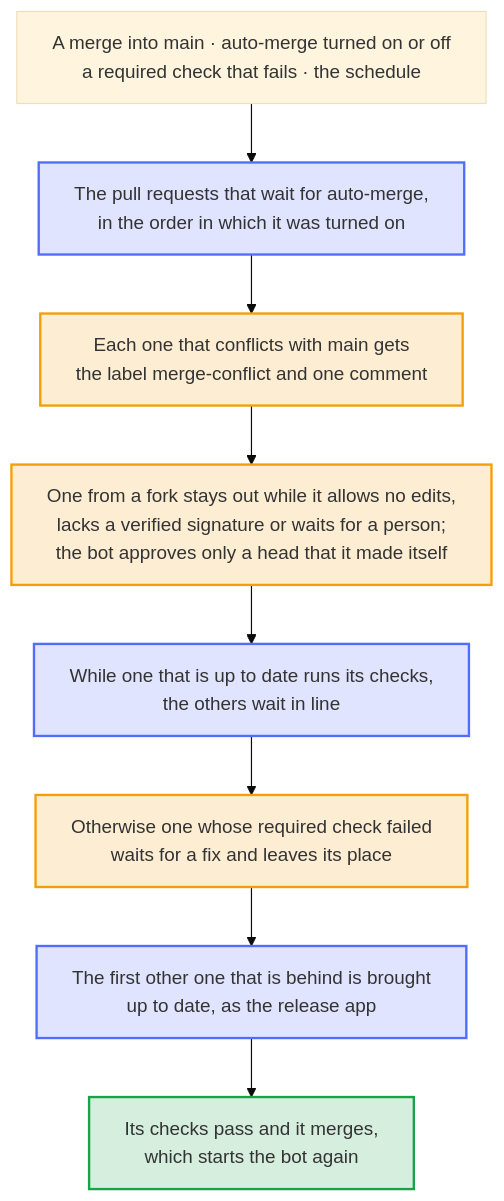
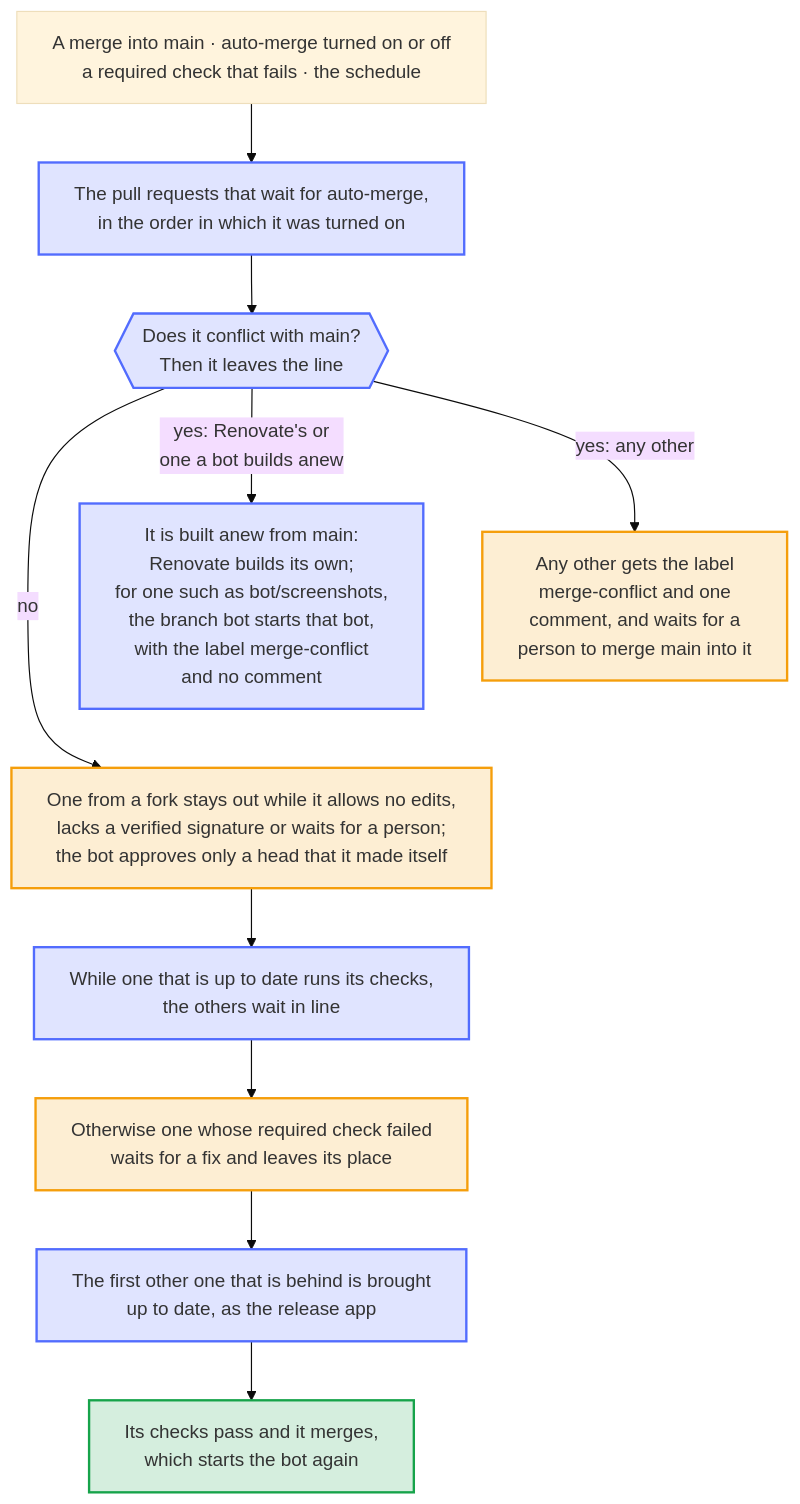
The diagram in docs/diagrams/the-line-of-the-branch-bot.mmd (Dennis-Otto/repo-blueprint), drawn with Mermaid (base theme) before and after one commit. The commit also changed 8 other files, not shown here.

First line of the commit message:
docs: the diagram of the branch bot shows the bot branches that it builds anew (#669)

```diff
--- a/docs/diagrams/the-line-of-the-branch-bot.mmd
+++ b/docs/diagrams/the-line-of-the-branch-bot.mmd
@@ -1,32 +1,39 @@
 ---
 config:
   flowchart:
     wrappingWidth: 400
 ---
 flowchart TB
     accTitle: The line of the branch bot
-    accDescr: A merge into main, auto-merge turned on or off, or a required check of a pull request that fails starts the branch bot. It takes the pull requests that wait for auto-merge in the order in which it was turned on. One that conflicts with main gets the label merge-conflict and one comment. One from a fork stays out of the line while its author allows no edits by maintainers, a commit of it has no verified signature, or its runs wait for a person; the bot approves them only for a head that it made itself on top of commits that a person approved. While the checks of one that is up to date run, the others wait in line. Otherwise one whose required check failed waits for a fix, and the bot brings the first other one that is behind up to date, as the release app. Its checks run, and once they pass it merges, which starts the bot again for the next one.
+    accDescr: A merge into main, auto-merge turned on or off, or a required check of a pull request that fails starts the branch bot. It takes the pull requests that wait for auto-merge in the order in which it was turned on. One that conflicts with main leaves the line. Renovate builds a branch of its own anew. A branch of a bot that builds it anew, such as bot/screenshots, gets the label merge-conflict, and the branch bot starts that bot, which builds it anew from main, with no comment, since nobody has to act. Any other gets the label merge-conflict and one comment, and waits for a person to merge main into it. One from a fork stays out of the line while its author allows no edits by maintainers, a commit of it has no verified signature, or its runs wait for a person; the bot approves them only for a head that it made itself on top of commits that a person approved. While the checks of one that is up to date run, the others wait in line. Otherwise one whose required check failed waits for a fix, and the bot brings the first other one that is behind up to date, as the release app. Its checks run, and once they pass it merges, which starts the bot again for the next one.
 
     start["A merge into main · auto-merge turned on or off<br>a required check that fails · the schedule"]
     line["The pull requests that wait for auto-merge,<br>in the order in which it was turned on"]
-    conflict["Each one that conflicts with main gets<br>the label merge-conflict and one comment"]
+    conflict{{"Does it conflict with main?<br>Then it leaves the line"}}
+    rebuilt["It is built anew from main:<br>Renovate builds its own;<br>for one such as bot/screenshots,<br>the branch bot starts that bot,<br>with the label merge-conflict<br>and no comment"]
+    comment["Any other gets the label<br>merge-conflict and one<br>comment, and waits for a<br>person to merge main into it"]
     fork["One from a fork stays out while it allows no edits,<br>lacks a verified signature or waits for a person;<br>the bot approves only a head that it made itself"]
     flight["While one that is up to date runs its checks,<br>the others wait in line"]
     failed["Otherwise one whose required check failed<br>waits for a fix and leaves its place"]
     update["The first other one that is behind is brought<br>up to date, as the release app"]
     merge["Its checks pass and it merges,<br>which starts the bot again"]
 
     start --> line
     line --> conflict
-    conflict --> fork
+    conflict -- "yes: Renovate's or<br>one a bot builds anew" --> rebuilt
+    conflict -- "no" --> fork
+    conflict -- "yes: any other" --> comment
+    %% The two ends of a conflict sit beside the line, which goes on below them.
+    rebuilt ~~~ fork
+    comment ~~~ fork
     fork --> flight
     flight --> failed
     failed --> update
     update --> merge
 
     classDef bot fill:#526cfe2e,stroke:#526cfe,stroke-width:2px
     classDef person fill:#f59e0b2e,stroke:#f59e0b,stroke-width:2px
     classDef done fill:#16a34a2e,stroke:#16a34a,stroke-width:2px
-    class line,flight,update bot
-    class conflict,fork,failed person
+    class line,conflict,rebuilt,flight,update bot
+    class comment,fork,failed person
     class merge done
```
